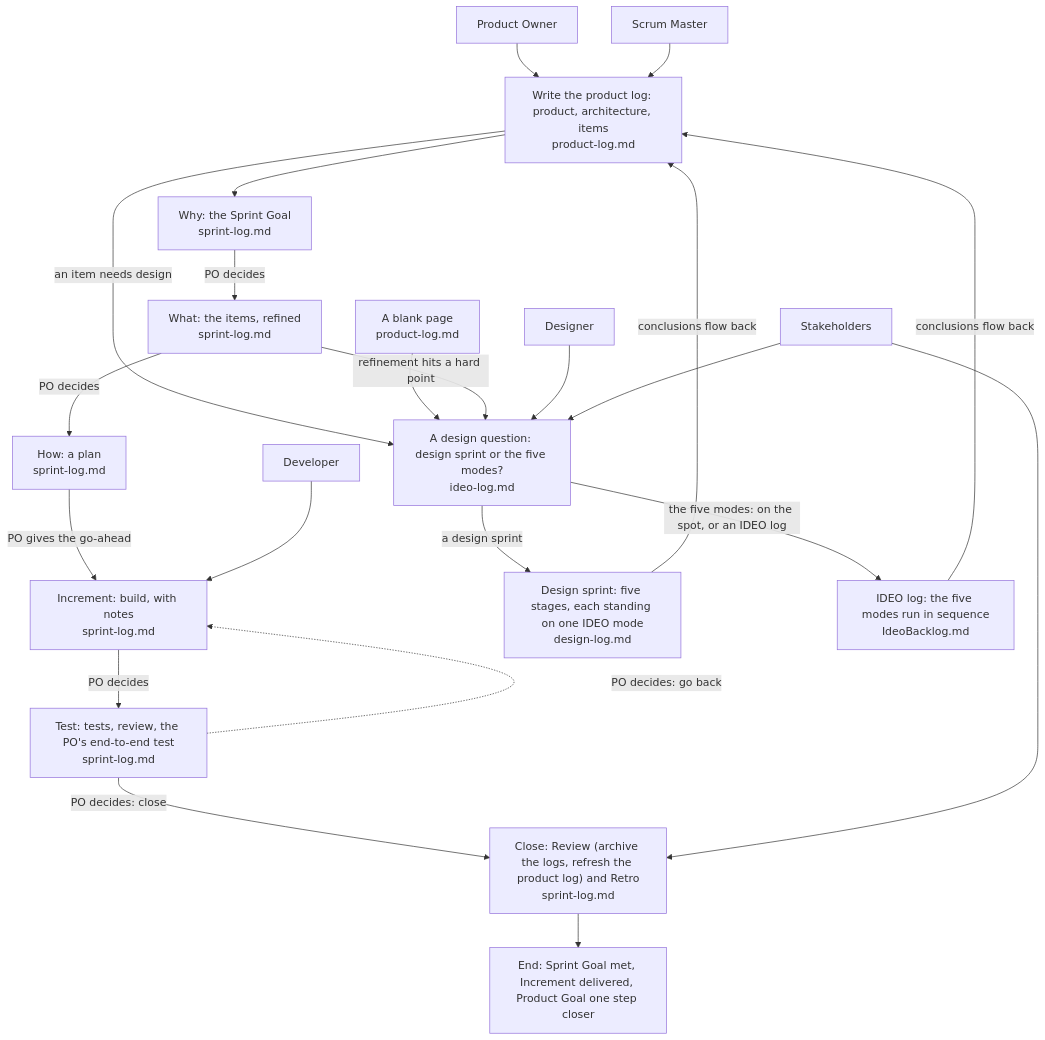
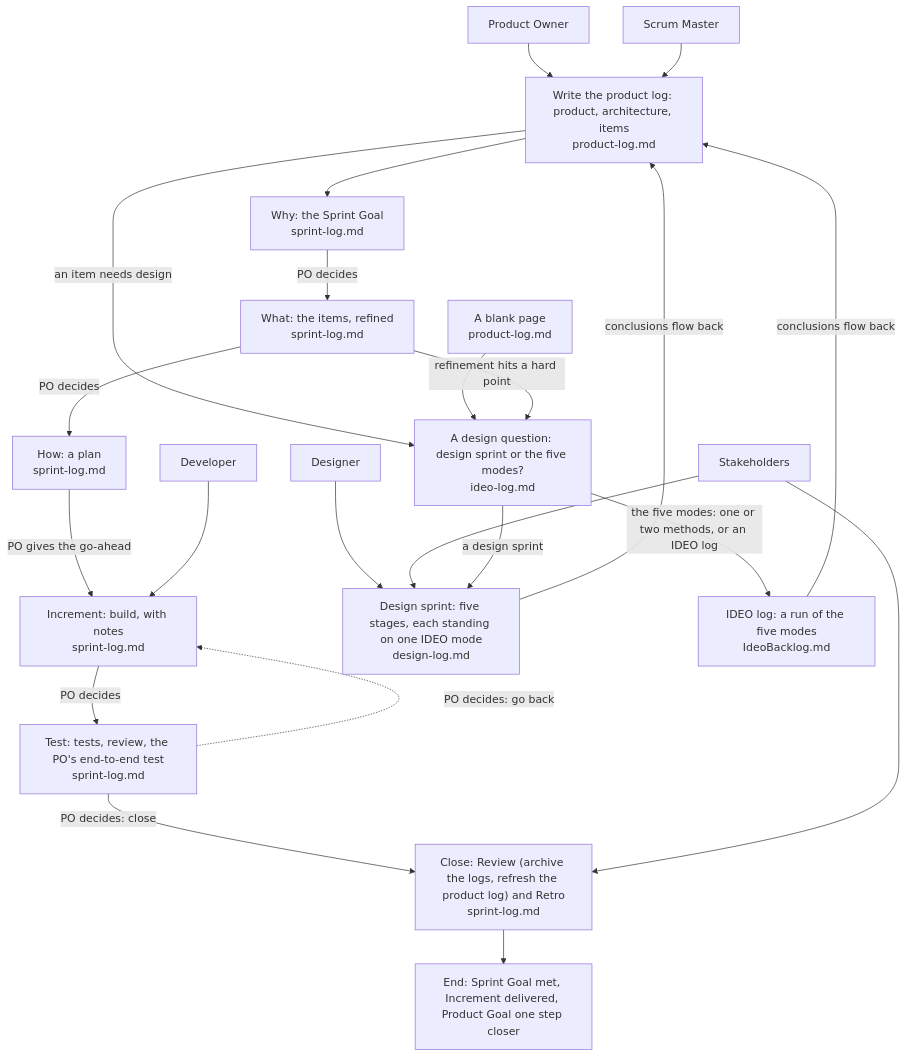
Before and after one commit to seapawn1/IDEO-Scrum: the diagram in plugins/ideo-scrum/skills/scrum-kernel/overview.md, drawn with Mermaid. The commit also changed other lines of this file and 14 other files, not shown here.

````diff
--- a/plugins/ideo-scrum/skills/scrum-kernel/overview.md
+++ b/plugins/ideo-scrum/skills/scrum-kernel/overview.md
@@ -14,29 +14,29 @@
 ```mermaid
 flowchart TD
     PO["Product Owner"]
     SM["Scrum Master"]
     DEV["Developer"]
     DES["Designer"]
     SH["Stakeholders"]
     PO --> A["Write the product log: product, architecture, items<br/>product-log.md"]
     SM --> A
     A -- "an item needs design" --> X0["A design question: design sprint or the five modes?<br/>ideo-log.md"]
     BP["A blank page<br/>product-log.md"] --> X0
     A --> S1["Why: the Sprint Goal<br/>sprint-log.md"]
     S1 -- "PO decides" --> S2["What: the items, refined<br/>sprint-log.md"]
     S2 -- "refinement hits a hard point" --> X0
     S2 -- "PO decides" --> S3["How: a plan<br/>sprint-log.md"]
     S3 -- "PO gives the go-ahead" --> S4["Increment: build, with notes<br/>sprint-log.md"]
     DEV --> S4
     S4 -- "PO decides" --> S5["Test: tests, review, the PO's end-to-end test<br/>sprint-log.md"]
     S5 -. "PO decides: go back" .-> S4
     S5 -- "PO decides: close" --> V["Close: Review (archive the logs, refresh the product log) and Retro<br/>sprint-log.md"]
-    DES --> X0
-    SH --> X0
+    DES --> X
+    SH --> X
     SH --> V
     X0 -- "a design sprint" --> X["Design sprint: five stages, each standing on one IDEO mode<br/>design-log.md"]
-    X0 -- "the five modes: on the spot, or an IDEO log" --> X2["IDEO log: the five modes run in sequence<br/>IdeoBacklog.md"]
+    X0 -- "the five modes: one or two methods, or an IDEO log" --> X2["IDEO log: a run of the five modes<br/>IdeoBacklog.md"]
     X -- "conclusions flow back" --> A
     X2 -- "conclusions flow back" --> A
     V --> E["End: Sprint Goal met, Increment delivered, Product Goal one step closer"]
 ```
````
